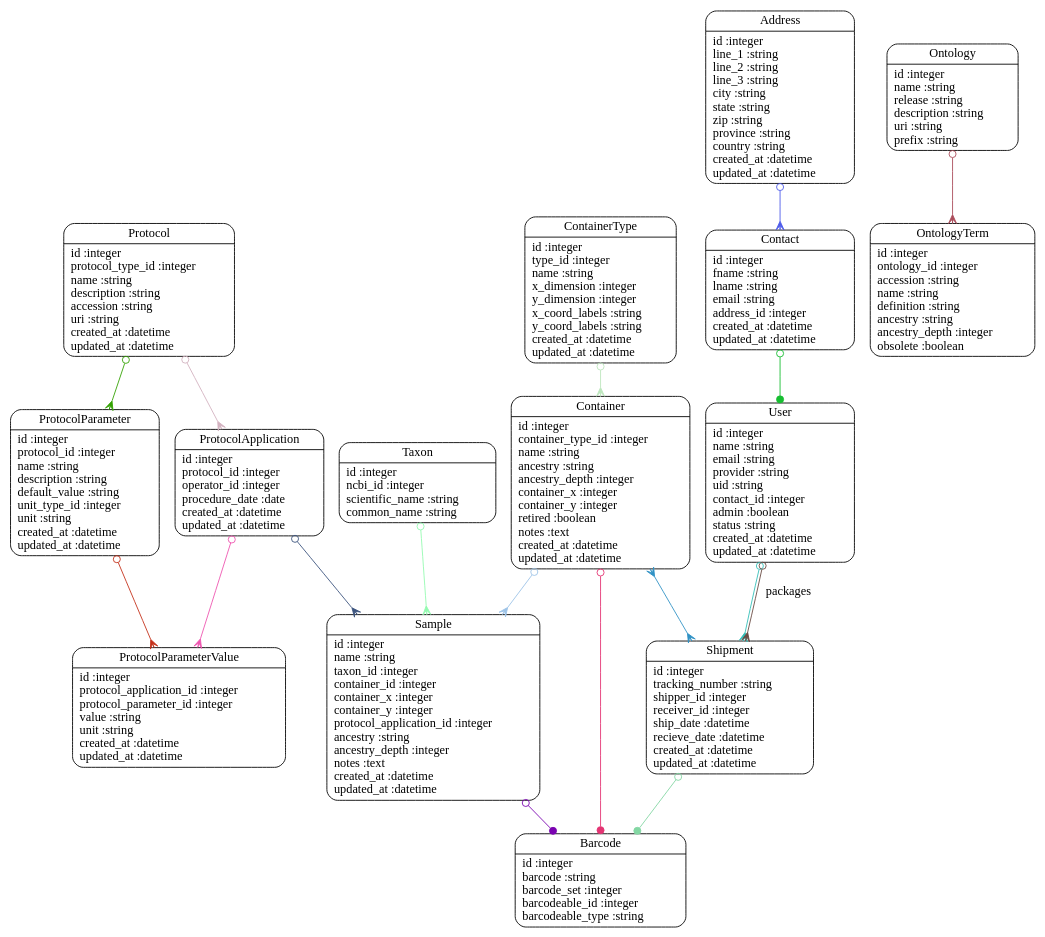
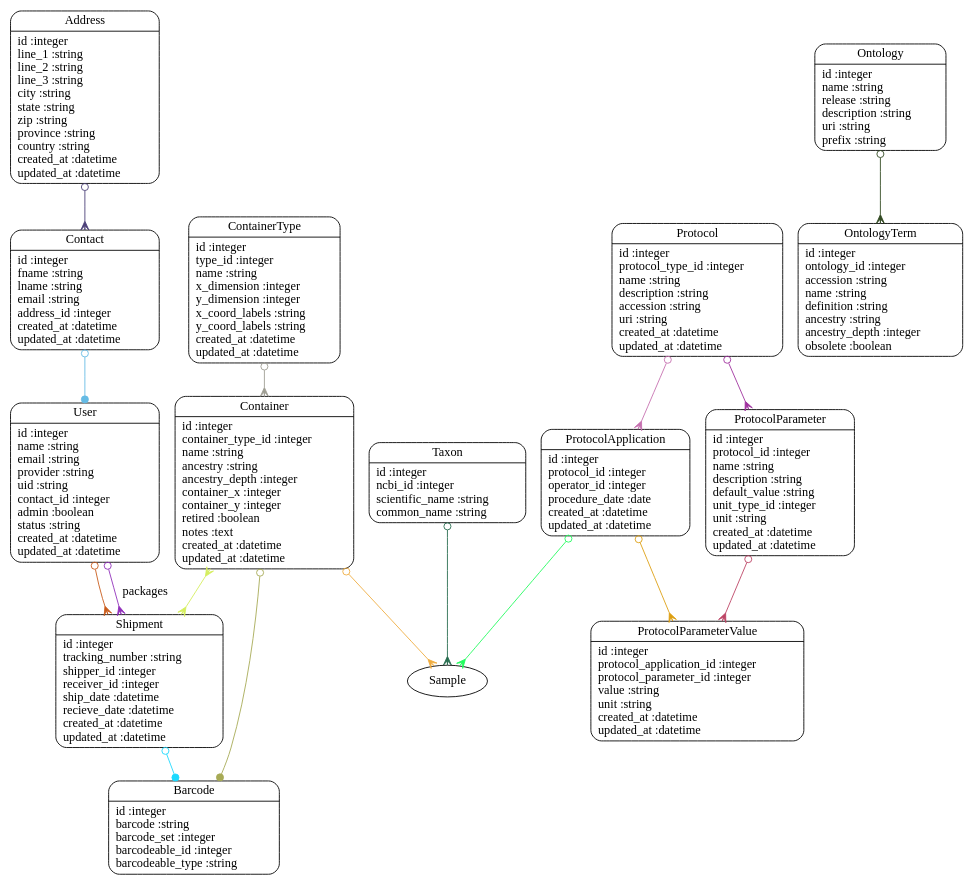
The diagram in models.dot (dimitras/collos), drawn with Graphviz before and after one commit. The commit also changed 15 other files, not shown here.

```diff
--- a/models.dot
+++ b/models.dot
@@ -1,35 +1,33 @@
 digraph models_diagram {
 	graph[overlap=false, splines=true]
 	"Address" [shape=Mrecord, label="{Address|id :integer\lline_1 :string\lline_2 :string\lline_3 :string\lcity :string\lstate :string\lzip :string\lprovince :string\lcountry :string\lcreated_at :datetime\lupdated_at :datetime\l}"]
 	"Barcode" [shape=Mrecord, label="{Barcode|id :integer\lbarcode :string\lbarcode_set :integer\lbarcodeable_id :integer\lbarcodeable_type :string\l}"]
 	"Contact" [shape=Mrecord, label="{Contact|id :integer\lfname :string\llname :string\lemail :string\laddress_id :integer\lcreated_at :datetime\lupdated_at :datetime\l}"]
 	"Container" [shape=Mrecord, label="{Container|id :integer\lcontainer_type_id :integer\lname :string\lancestry :string\lancestry_depth :integer\lcontainer_x :integer\lcontainer_y :integer\lretired :boolean\lnotes :text\lcreated_at :datetime\lupdated_at :datetime\l}"]
 	"ContainerType" [shape=Mrecord, label="{ContainerType|id :integer\ltype_id :integer\lname :string\lx_dimension :integer\ly_dimension :integer\lx_coord_labels :string\ly_coord_labels :string\lcreated_at :datetime\lupdated_at :datetime\l}"]
 	"Ontology" [shape=Mrecord, label="{Ontology|id :integer\lname :string\lrelease :string\ldescription :string\luri :string\lprefix :string\l}"]
 	"OntologyTerm" [shape=Mrecord, label="{OntologyTerm|id :integer\lontology_id :integer\laccession :string\lname :string\ldefinition :string\lancestry :string\lancestry_depth :integer\lobsolete :boolean\l}"]
 	"Protocol" [shape=Mrecord, label="{Protocol|id :integer\lprotocol_type_id :integer\lname :string\ldescription :string\laccession :string\luri :string\lcreated_at :datetime\lupdated_at :datetime\l}"]
 	"ProtocolApplication" [shape=Mrecord, label="{ProtocolApplication|id :integer\lprotocol_id :integer\loperator_id :integer\lprocedure_date :date\lcreated_at :datetime\lupdated_at :datetime\l}"]
 	"ProtocolParameter" [shape=Mrecord, label="{ProtocolParameter|id :integer\lprotocol_id :integer\lname :string\ldescription :string\ldefault_value :string\lunit_type_id :integer\lunit :string\lcreated_at :datetime\lupdated_at :datetime\l}"]
 	"ProtocolParameterValue" [shape=Mrecord, label="{ProtocolParameterValue|id :integer\lprotocol_application_id :integer\lprotocol_parameter_id :integer\lvalue :string\lunit :string\lcreated_at :datetime\lupdated_at :datetime\l}"]
-	"Sample" [shape=Mrecord, label="{Sample|id :integer\lname :string\ltaxon_id :integer\lcontainer_id :integer\lcontainer_x :integer\lcontainer_y :integer\lprotocol_application_id :integer\lancestry :string\lancestry_depth :integer\lnotes :text\lcreated_at :datetime\lupdated_at :datetime\l}"]
 	"Shipment" [shape=Mrecord, label="{Shipment|id :integer\ltracking_number :string\lshipper_id :integer\lreceiver_id :integer\lship_date :datetime\lrecieve_date :datetime\lcreated_at :datetime\lupdated_at :datetime\l}"]
 	"Taxon" [shape=Mrecord, label="{Taxon|id :integer\lncbi_id :integer\lscientific_name :string\lcommon_name :string\l}"]
 	"User" [shape=Mrecord, label="{User|id :integer\lname :string\lemail :string\lprovider :string\luid :string\lcontact_id :integer\ladmin :boolean\lstatus :string\lcreated_at :datetime\lupdated_at :datetime\l}"]
-	"Address" -> "Contact" [arrowtail=odot, arrowhead=crow, dir=both color="#4D5BEA"]
-	"Contact" -> "User" [arrowtail=odot, arrowhead=dot, dir=both color="#17BE31"]
-	"Container" -> "Sample" [arrowtail=odot, arrowhead=crow, dir=both color="#9DC3E7"]
-	"Container" -> "Barcode" [arrowtail=odot, arrowhead=dot, dir=both color="#E43573"]
-	"Container" -> "Shipment" [arrowtail=crow, arrowhead=crow, dir=both color="#3092C5"]
-	"ContainerType" -> "Container" [arrowtail=odot, arrowhead=crow, dir=both color="#BDE6BE"]
-	"Ontology" -> "OntologyTerm" [arrowtail=odot, arrowhead=crow, dir=both color="#AB4D5B"]
-	"Protocol" -> "ProtocolApplication" [arrowtail=odot, arrowhead=crow, dir=both color="#D3B2C0"]
-	"Protocol" -> "ProtocolParameter" [arrowtail=odot, arrowhead=crow, dir=both color="#34A203"]
-	"ProtocolApplication" -> "Sample" [arrowtail=odot, arrowhead=crow, dir=both color="#3C547E"]
-	"ProtocolApplication" -> "ProtocolParameterValue" [arrowtail=odot, arrowhead=crow, dir=both color="#EE55B0"]
-	"ProtocolParameter" -> "ProtocolParameterValue" [arrowtail=odot, arrowhead=crow, dir=both color="#C4301A"]
-	"Sample" -> "Barcode" [arrowtail=odot, arrowhead=dot, dir=both color="#7A03B1"]
-	"Shipment" -> "Barcode" [arrowtail=odot, arrowhead=dot, dir=both color="#83D7A3"]
-	"Taxon" -> "Sample" [arrowtail=odot, arrowhead=crow, dir=both color="#94FBB1"]
-	"User" -> "Shipment" [arrowtail=odot, arrowhead=crow, dir=both color="#33BFB8"]
-	"User" -> "Shipment" [label="packages", arrowtail=odot, arrowhead=crow, dir=both color="#694A43"]
+	"Address" -> "Contact" [arrowtail=odot, arrowhead=crow, dir=both color="#4B3F78"]
+	"Contact" -> "User" [arrowtail=odot, arrowhead=dot, dir=both color="#65BBE5"]
+	"Container" -> "Sample" [arrowtail=odot, arrowhead=crow, dir=both color="#F0AC3F"]
+	"Container" -> "Barcode" [arrowtail=odot, arrowhead=dot, dir=both color="#A7AA55"]
+	"Container" -> "Shipment" [arrowtail=crow, arrowhead=crow, dir=both color="#D5EE5E"]
+	"ContainerType" -> "Container" [arrowtail=odot, arrowhead=crow, dir=both color="#9F9E93"]
+	"Ontology" -> "OntologyTerm" [arrowtail=odot, arrowhead=crow, dir=both color="#334A23"]
+	"Protocol" -> "ProtocolApplication" [arrowtail=odot, arrowhead=crow, dir=both color="#C670B0"]
+	"Protocol" -> "ProtocolParameter" [arrowtail=odot, arrowhead=crow, dir=both color="#9F309E"]
+	"ProtocolApplication" -> "Sample" [arrowtail=odot, arrowhead=crow, dir=both color="#20FC5D"]
+	"ProtocolApplication" -> "ProtocolParameterValue" [arrowtail=odot, arrowhead=crow, dir=both color="#DD9F10"]
+	"ProtocolParameter" -> "ProtocolParameterValue" [arrowtail=odot, arrowhead=crow, dir=both color="#BC4364"]
+	"Shipment" -> "Barcode" [arrowtail=odot, arrowhead=dot, dir=both color="#1CD9FE"]
+	"Taxon" -> "Sample" [arrowtail=odot, arrowhead=crow, dir=both color="#286D4F"]
+	"User" -> "Shipment" [arrowtail=odot, arrowhead=crow, dir=both color="#C95A1A"]
+	"User" -> "Shipment" [label="packages", arrowtail=odot, arrowhead=crow, dir=both color="#902EBA"]
 }
```
